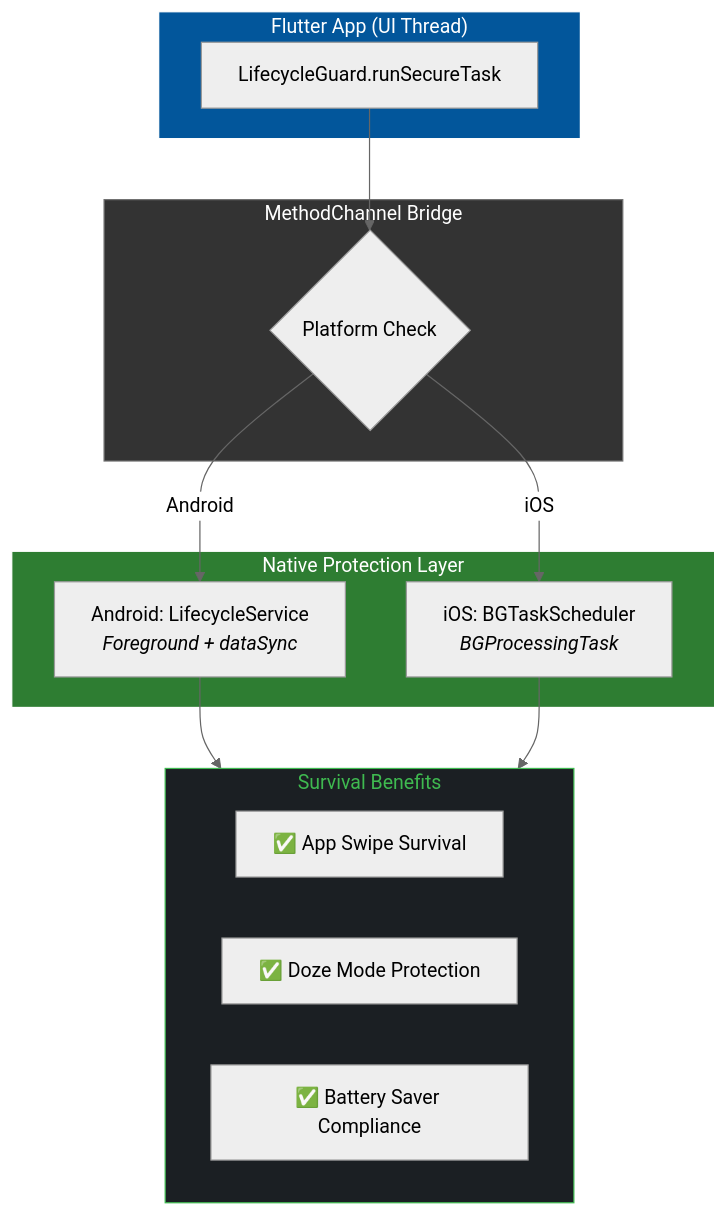
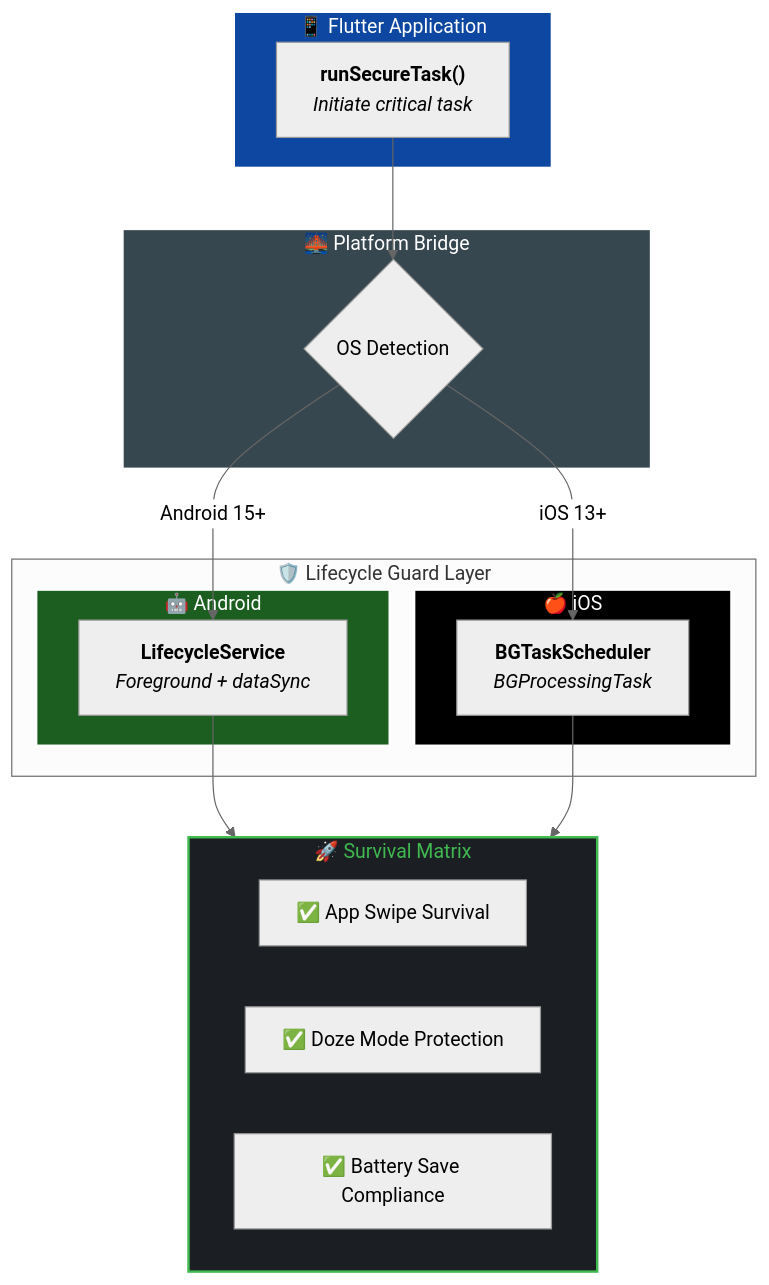
One commit to Crealify/lifecycle_guard changed the diagram in README.md. Above: the diagram before and after it, drawn with Mermaid (neutral theme). The commit also changed other lines of this file and 9 other files, not shown here.

````diff
--- a/README.md
+++ b/README.md
@@ -86,33 +166,39 @@
 ```mermaid
 graph TD
-    subgraph Flutter_Layer ["Flutter App (UI Thread)"]
-        A[LifecycleGuard.runSecureTask]
+    subgraph App ["📱 Flutter Application"]
+        A["<b>runSecureTask()</b><br/><i>Initiate critical task</i>"]
     end
 
-    subgraph Native_Bridge ["MethodChannel Bridge"]
-        B{Platform Check}
+    subgraph Bridge ["🌉 Platform Bridge"]
+        B{"OS Detection"}
     end
 
-    subgraph Native_Layer ["Native Protection Layer"]
-        C[Android: LifecycleService<br/><i>Foreground + dataSync</i>]
-        D[iOS: BGTaskScheduler<br/><i>BGProcessingTask</i>]
+    subgraph Guard ["🛡️ Lifecycle Guard Layer"]
+        subgraph Android ["🤖 Android"]
+            C["<b>LifecycleService</b><br/><i>Foreground + dataSync</i>"]
+        end
+        subgraph iOS ["🍎 iOS"]
+            D["<b>BGTaskScheduler</b><br/><i>BGProcessingTask</i>"]
+        end
+    end
+
+    subgraph Survival ["🚀 Survival Matrix"]
+        E["✅ App Swipe Survival"]
+        F["✅ Doze Mode Protection"]
+        G["✅ Battery Save Compliance"]
     end
 
     A --> B
-    B -- Android --> C
-    B -- iOS --> D
+    B -- "Android 15+" --> C
+    B -- "iOS 13+" --> D
+    
+    C --> Survival
+    D --> Survival
 
-    subgraph Results ["Survival Benefits"]
-        E[✅ App Swipe Survival]
-        F[✅ Doze Mode Protection]
-        G[✅ Battery Saver Compliance]
-    end
-
-    C --> Results
-    D --> Results
-
-    style Flutter_Layer fill:#02569B,color:#fff,stroke:#fff
-    style Native_Layer fill:#2E7D32,color:#fff,stroke:#fff
-    style Native_Bridge fill:#333,color:#fff
-    style Results fill:#1b1f23,color:#3fb950,stroke:#3fb950
+    %% Styling
+    style App fill:#0D47A1,color:#fff,stroke:#fff,stroke-width:2px
+    style Bridge fill:#37474F,color:#fff,stroke:#fff,stroke-width:2px
+    style Android fill:#1B5E20,color:#fff,stroke:#fff,stroke-width:2px
+    style iOS fill:#000,color:#fff,stroke:#fff,stroke-width:2px
+    style Survival fill:#1B1F23,color:#3fb950,stroke:#3fb950,stroke-width:2px
 ```
````
